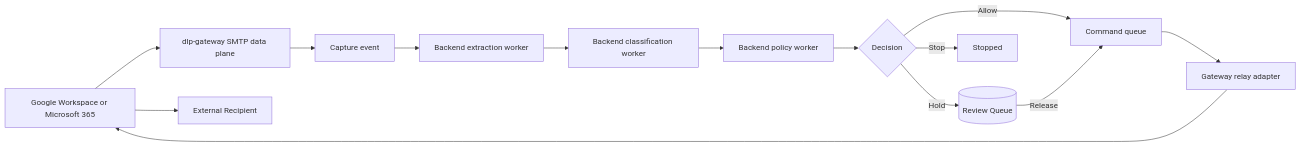
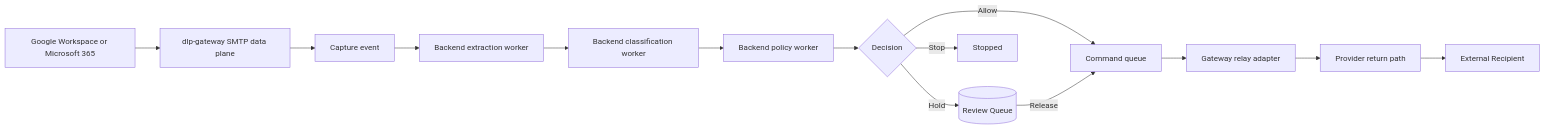
The first of 4 diagrams in docs/DLP_BACKEND_IMPLEMENTATION_ROADMAP.md (Himaya-AI/himaya-prod-azure), drawn with Mermaid before and after one commit. The commit also changed other lines of this file and 1 other file, not shown here.

First line of the commit message:
Document shared Himaya Azure resources and fix DLP architecture diagrams.

````diff
--- a/docs/DLP_BACKEND_IMPLEMENTATION_ROADMAP.md
+++ b/docs/DLP_BACKEND_IMPLEMENTATION_ROADMAP.md
@@ -36,29 +36,30 @@
 ```mermaid
 flowchart LR
     Provider[Google Workspace or Microsoft 365]
     Gateway[dlp-gateway SMTP data plane]
     Events[Capture event]
     Extract[Backend extraction worker]
     Classify[Backend classification worker]
     Evaluate[Backend policy worker]
     Decision{Decision}
     Commands[Command queue]
     Relay[Gateway relay adapter]
+    ReturnPath[Provider return path]
     Hold[(Review Queue)]
     Stop[Stopped]
     Recipient[External Recipient]
 
     Provider --> Gateway
     Gateway --> Events
     Events --> Extract
     Extract --> Classify
     Classify --> Evaluate
     Evaluate --> Decision
     Decision -->|Allow| Commands
     Decision -->|Hold| Hold
     Decision -->|Stop| Stop
     Hold -->|Release| Commands
     Commands --> Relay
-    Relay --> Provider
-    Provider --> Recipient
+    Relay --> ReturnPath
+    ReturnPath --> Recipient
 ```
````
